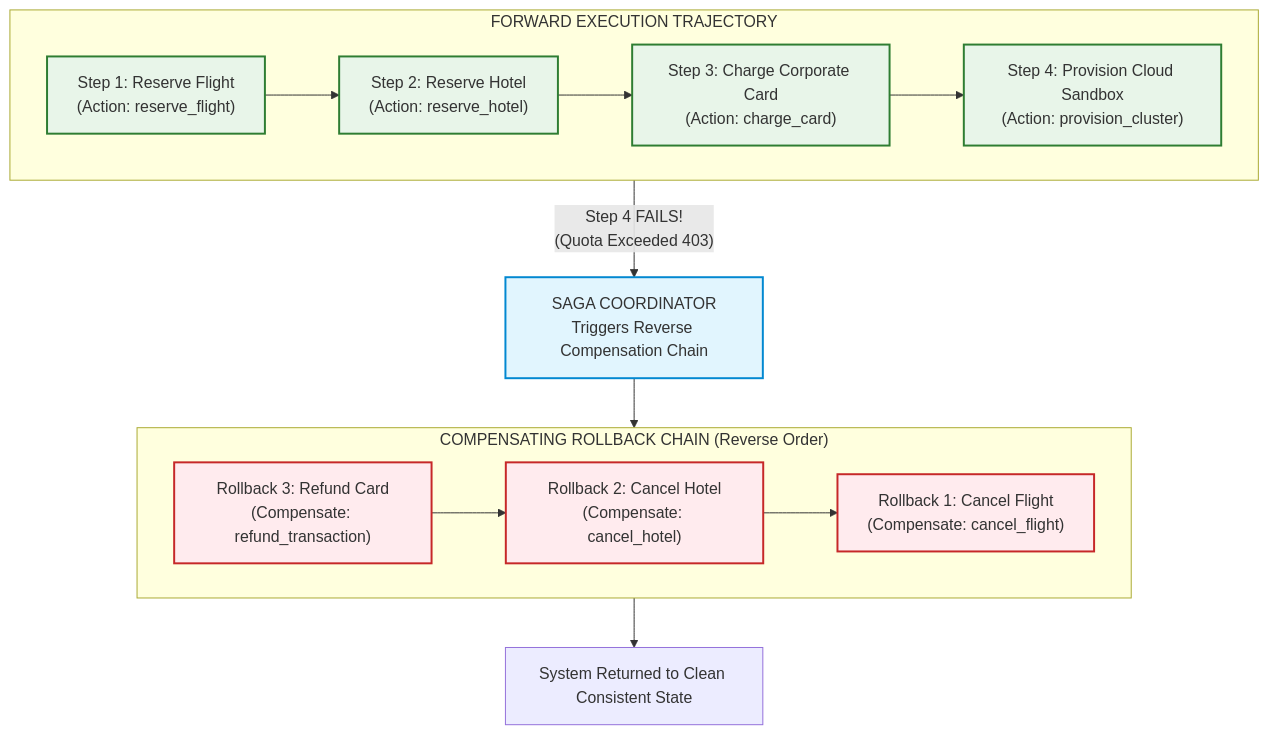
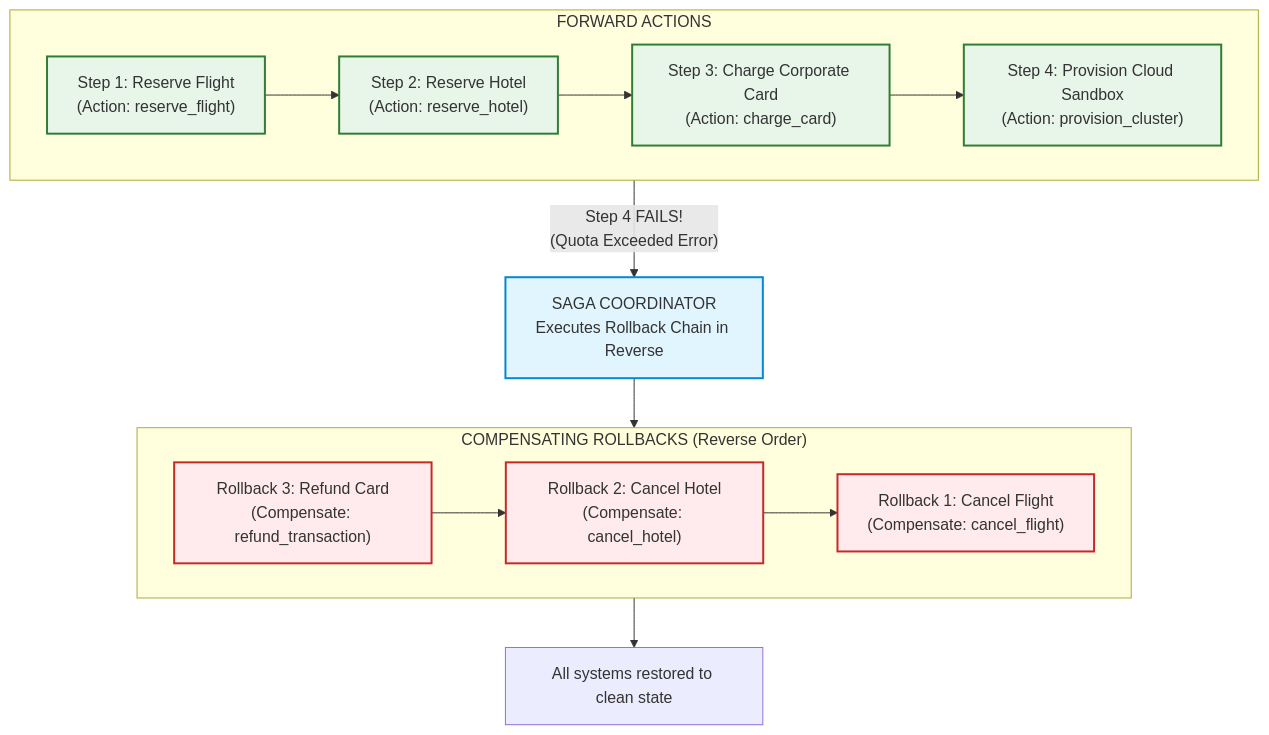
The fourth of 6 diagrams in 04-agentic-systems-and-orchestration/03-stateful-sessions-and-durable-wal-persistence.md (dip4k/senior-engineer-to-ai-engineer-roadmap), drawn with Mermaid before and after one commit. The commit also changed other lines of this file and 11 other files, not shown here.

````diff
--- a/04-agentic-systems-and-orchestration/03-stateful-sessions-and-durable-wal-persistence.md
+++ b/04-agentic-systems-and-orchestration/03-stateful-sessions-and-durable-wal-persistence.md
@@ -131,26 +127,26 @@
 ```mermaid
 flowchart TD
-    classDef forward fill:#e8f5e9,stroke:#2e7d32,stroke-width:2px;
-    classDef rollback fill:#ffebee,stroke:#c62828,stroke-width:2px;
-    classDef coord fill:#e1f5fe,stroke:#0288d1,stroke-width:2px;
+    classDef fwd fill:#e8f5e9,stroke:#2e7d32,stroke-width:2px;
+    classDef roll fill:#ffebee,stroke:#c62828,stroke-width:2px;
+    classDef saga fill:#e1f5fe,stroke:#0288d1,stroke-width:2px;
 
-    subgraph ForwardPath["FORWARD EXECUTION TRAJECTORY"]
+    subgraph ForwardPath["FORWARD ACTIONS"]
         direction LR
-        S1["Step 1: Reserve Flight\n(Action: reserve_flight)"]:::forward
-        --> S2["Step 2: Reserve Hotel\n(Action: reserve_hotel)"]:::forward
-        --> S3["Step 3: Charge Corporate Card\n(Action: charge_card)"]:::forward
-        --> S4["Step 4: Provision Cloud Sandbox\n(Action: provision_cluster)"]:::forward
+        S1["Step 1: Reserve Flight\n(Action: reserve_flight)"]:::fwd
+        --> S2["Step 2: Reserve Hotel\n(Action: reserve_hotel)"]:::fwd
+        --> S3["Step 3: Charge Corporate Card\n(Action: charge_card)"]:::fwd
+        --> S4["Step 4: Provision Cloud Sandbox\n(Action: provision_cluster)"]:::fwd
     end
 
-    S4 -->|"Step 4 FAILS!\n(Quota Exceeded 403)"| Saga["SAGA COORDINATOR\nTriggers Reverse Compensation Chain"]:::coord
+    S4 -->|"Step 4 FAILS!\n(Quota Exceeded Error)"| Saga["SAGA COORDINATOR\nExecutes Rollback Chain in Reverse"]:::saga
 
-    subgraph CompensatingPath["COMPENSATING ROLLBACK CHAIN (Reverse Order)"]
+    subgraph RollbackPath["COMPENSATING ROLLBACKS (Reverse Order)"]
         direction LR
-        C3["Rollback 3: Refund Card\n(Compensate: refund_transaction)"]:::rollback
-        --> C2["Rollback 2: Cancel Hotel\n(Compensate: cancel_hotel)"]:::rollback
-        --> C1["Rollback 1: Cancel Flight\n(Compensate: cancel_flight)"]:::rollback
+        C3["Rollback 3: Refund Card\n(Compensate: refund_transaction)"]:::roll
+        --> C2["Rollback 2: Cancel Hotel\n(Compensate: cancel_hotel)"]:::roll
+        --> C1["Rollback 1: Cancel Flight\n(Compensate: cancel_flight)"]:::roll
     end
 
     Saga --> C3
-    C1 --> Done["System Returned to Clean Consistent State"]
+    C1 --> Done["All systems restored to clean state"]
 ```
````
